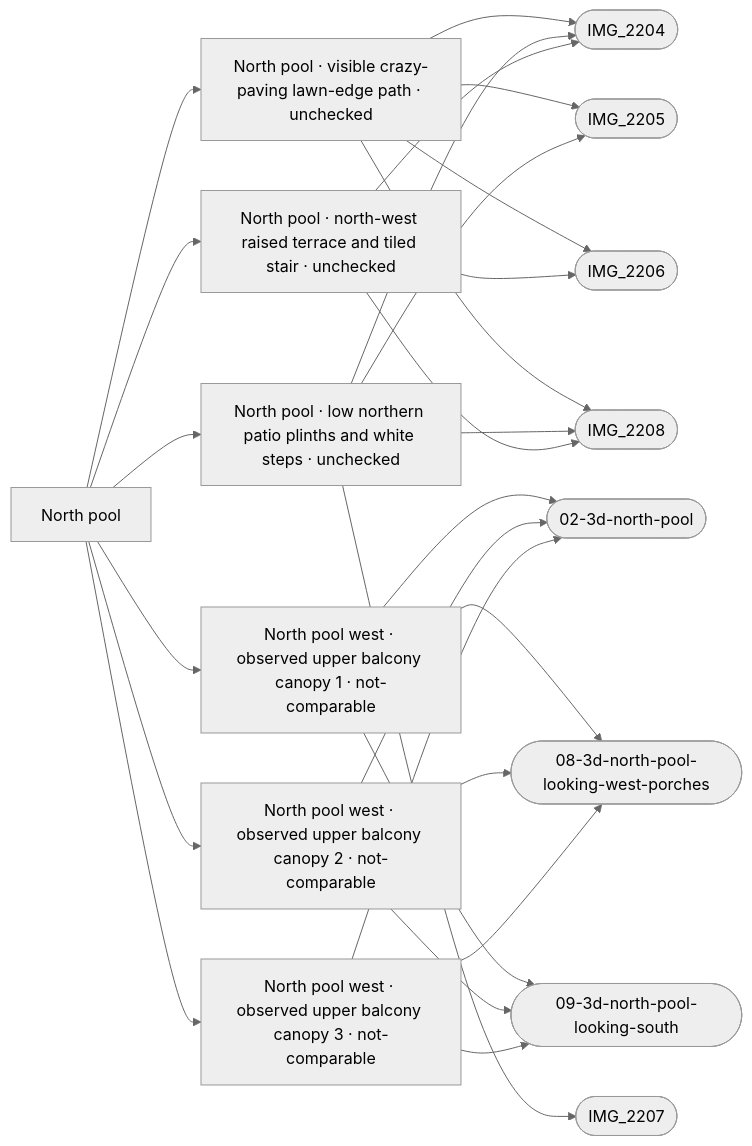
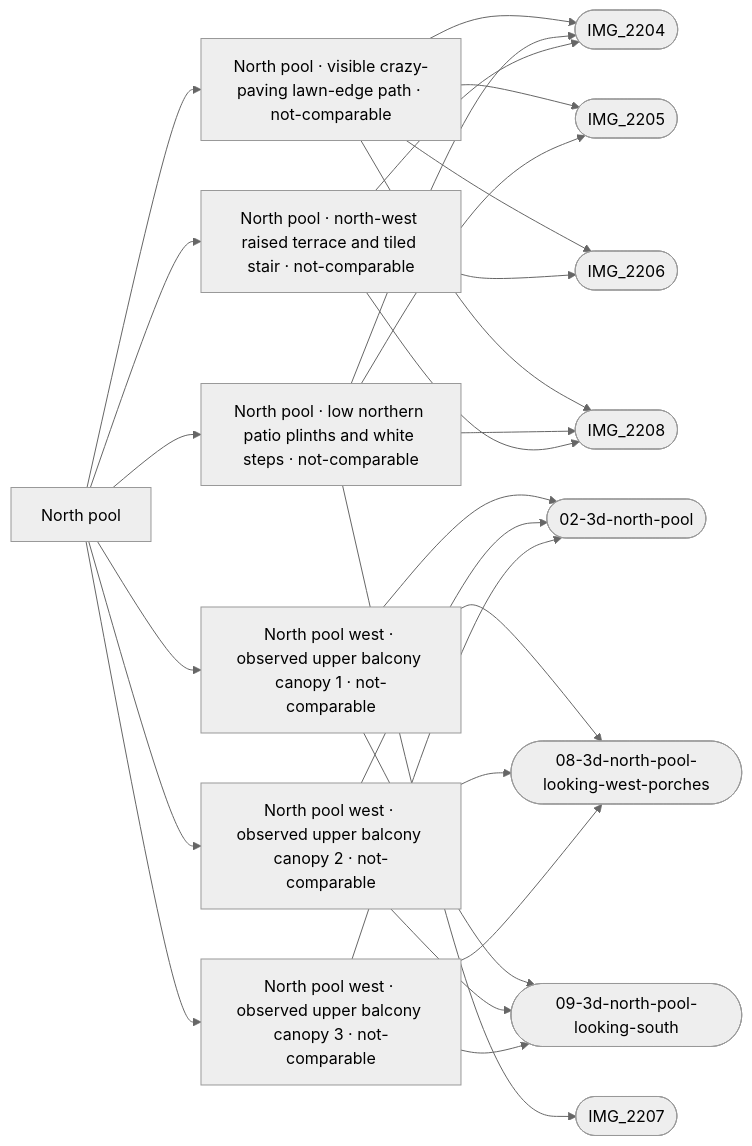
The diagram in refs/areas/north-pool.md (daveyboyc/villacana-venture), drawn with Mermaid (neutral theme) before and after one commit. The commit also changed other lines of this file and 46 other files, not shown here.

````diff
--- a/refs/areas/north-pool.md
+++ b/refs/areas/north-pool.md
@@ -48,30 +49,30 @@
 ```mermaid
 graph LR
   A["North pool"]
-  A --> F0["North pool · visible crazy-paving lawn-edge path · unchecked"]
+  A --> F0["North pool · visible crazy-paving lawn-edge path · not-comparable"]
   F0 --> PIMG_2204_jpg(["IMG_2204"])
   F0 --> PIMG_2205_jpg(["IMG_2205"])
   F0 --> PIMG_2206_jpg(["IMG_2206"])
   F0 --> PIMG_2208_jpg(["IMG_2208"])
   A --> F1["North pool west · observed upper balcony canopy 1 · not-comparable"]
   F1 --> Pref_apple_maps_02_3d_north_pool_png(["02-3d-north-pool"])
   F1 --> Pref_apple_maps_08_3d_north_pool_looking_west_porches_png(["08-3d-north-pool-looking-west-porches"])
   F1 --> Pref_apple_maps_09_3d_north_pool_looking_south_png(["09-3d-north-pool-looking-south"])
   A --> F2["North pool west · observed upper balcony canopy 2 · not-comparable"]
   F2 --> Pref_apple_maps_02_3d_north_pool_png(["02-3d-north-pool"])
   F2 --> Pref_apple_maps_08_3d_north_pool_looking_west_porches_png(["08-3d-north-pool-looking-west-porches"])
   F2 --> Pref_apple_maps_09_3d_north_pool_looking_south_png(["09-3d-north-pool-looking-south"])
   A --> F3["North pool west · observed upper balcony canopy 3 · not-comparable"]
   F3 --> Pref_apple_maps_02_3d_north_pool_png(["02-3d-north-pool"])
   F3 --> Pref_apple_maps_08_3d_north_pool_looking_west_porches_png(["08-3d-north-pool-looking-west-porches"])
   F3 --> Pref_apple_maps_09_3d_north_pool_looking_south_png(["09-3d-north-pool-looking-south"])
-  A --> F4["North pool · low northern patio plinths and white steps · unchecked"]
+  A --> F4["North pool · low northern patio plinths and white steps · not-comparable"]
   F4 --> PIMG_2204_jpg(["IMG_2204"])
   F4 --> PIMG_2205_jpg(["IMG_2205"])
   F4 --> PIMG_2207_jpg(["IMG_2207"])
   F4 --> PIMG_2208_jpg(["IMG_2208"])
-  A --> F5["North pool · north-west raised terrace and tiled stair · unchecked"]
+  A --> F5["North pool · north-west raised terrace and tiled stair · not-comparable"]
   F5 --> PIMG_2204_jpg(["IMG_2204"])
   F5 --> PIMG_2206_jpg(["IMG_2206"])
   F5 --> PIMG_2208_jpg(["IMG_2208"])
 ```
````
